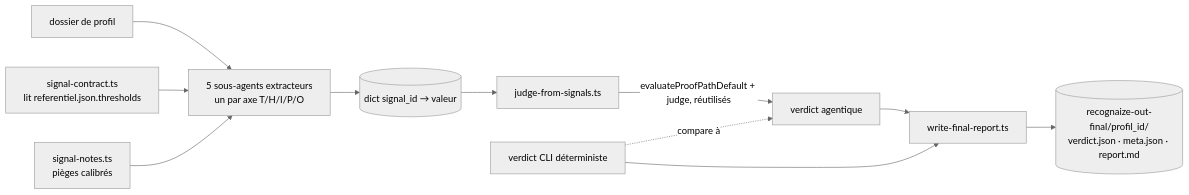
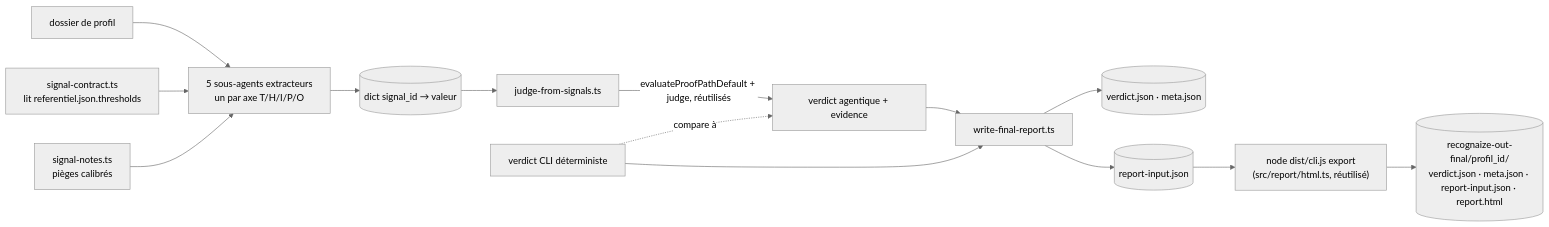
The third of 3 diagrams in aidd_docs/memory/architecture.md (Nanaki/recognAIze), drawn with Mermaid (neutral theme) before and after one commit. The commit also changed other lines of this file and 18 other files, not shown here.

````diff
--- a/aidd_docs/memory/architecture.md
+++ b/aidd_docs/memory/architecture.md
@@ -87,13 +87,16 @@
 ```mermaid
 flowchart LR
     PROFILE[dossier de profil] --> EXTRACT[5 sous-agents extracteurs<br/>un par axe T/H/I/P/O]
     CONTRACT[signal-contract.ts<br/>lit referentiel.json.thresholds] --> EXTRACT
     NOTES[signal-notes.ts<br/>pièges calibrés] --> EXTRACT
     EXTRACT --> SIGNALS[(dict signal_id → valeur)]
     SIGNALS --> BRIDGE[judge-from-signals.ts]
-    BRIDGE -->|evaluateProofPathDefault + judge, réutilisés| VERDICT[verdict agentique]
+    BRIDGE -->|evaluateProofPathDefault + judge, réutilisés| VERDICT[verdict agentique + evidence]
     DET[verdict CLI déterministe] -.compare à.-> VERDICT
     VERDICT --> FINAL[write-final-report.ts]
     DET --> FINAL
-    FINAL --> OUTFINAL[(recognaize-out-final/profil_id/<br/>verdict.json · meta.json · report.md)]
+    FINAL --> VJSON[(verdict.json · meta.json)]
+    FINAL --> RINPUT[(report-input.json)]
+    RINPUT --> EXPORT["node dist/cli.js export<br/>(src/report/html.ts, réutilisé)"]
+    EXPORT --> OUTFINAL[(recognaize-out-final/profil_id/<br/>verdict.json · meta.json · report-input.json · report.html)]
 ```
````
